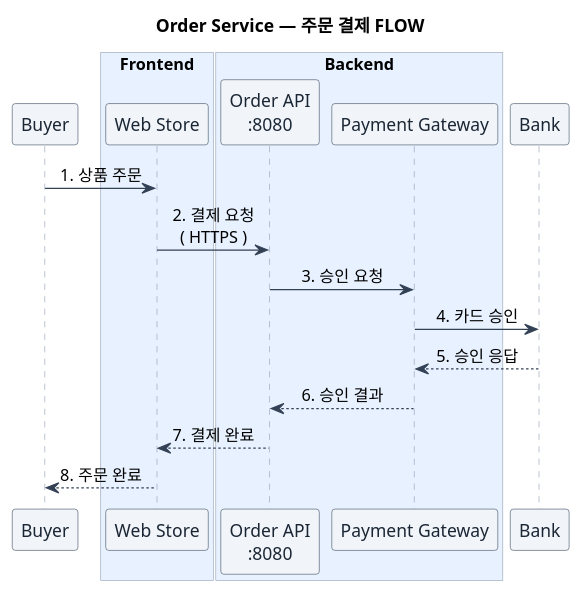
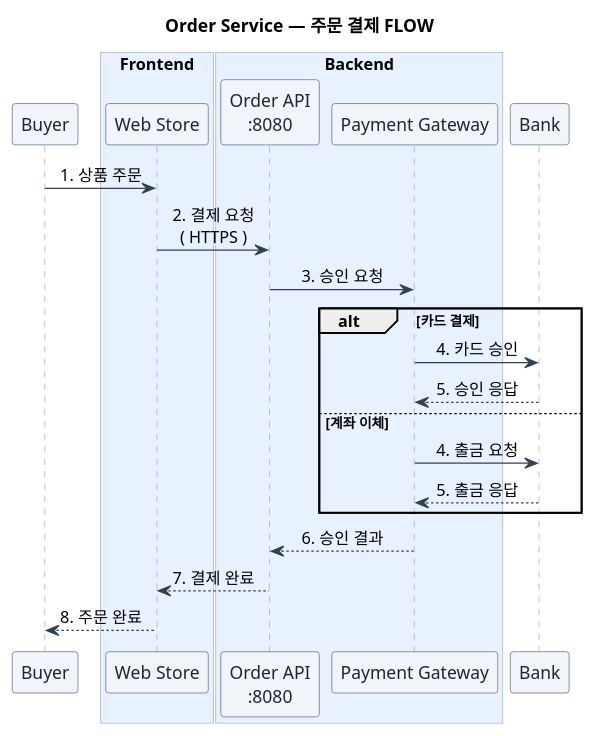
The first of 2 diagrams in docs/examples/puml/order-service-sequence.puml (SeokRae/flowcast), drawn with PlantUML before and after one commit. The commit also changed 27 other files, not shown here.

First line of the commit message:
feat: sequence 조건 블록 alt/else/opt/end 추가 (#102)

```diff
--- a/docs/examples/puml/order-service-sequence.puml
+++ b/docs/examples/puml/order-service-sequence.puml
@@ -1,38 +1,43 @@
 @startuml
 skinparam backgroundColor #FFFFFF
 skinparam sequenceMessageAlign center
 skinparam sequence {
   ArrowColor #334155
   LifeLineBorderColor #94A3B8
   LifeLineBackgroundColor #FFFFFF
   ParticipantBackgroundColor #F1F5F9
   ParticipantBorderColor #475569
   ParticipantFontColor #1B2635
   ActorBackgroundColor #F1F5F9
   ActorBorderColor #475569
   BoxBackgroundColor #E8F1FF
   BoxBorderColor #94A3B8
 }
 skinparam noteBackgroundColor #FAF6EE
 skinparam noteBorderColor #E0C998
 title Order Service — 주문 결제 FLOW
 ' flowcast source: flowcast 합성 예제 (sequence)
 participant "Buyer" as buyer
 box "Frontend"
   participant "Web Store" as web
 end box
 box "Backend"
   participant "Order API\n:8080" as api
   participant "Payment Gateway" as pay
 end box
 participant "Bank" as bank
 
 buyer -> web : 1. 상품 주문
 web -> api : 2. 결제 요청\n( HTTPS )
 api -> pay : 3. 승인 요청
-pay -> bank : 4. 카드 승인
-bank --> pay : 5. 승인 응답
+alt 카드 결제
+  pay -> bank : 4. 카드 승인
+  bank --> pay : 5. 승인 응답
+else 계좌 이체
+  pay -> bank : 4. 출금 요청
+  bank --> pay : 5. 출금 응답
+end
 pay --> api : 6. 승인 결과
 api --> web : 7. 결제 완료
 web --> buyer : 8. 주문 완료
 @enduml
```
